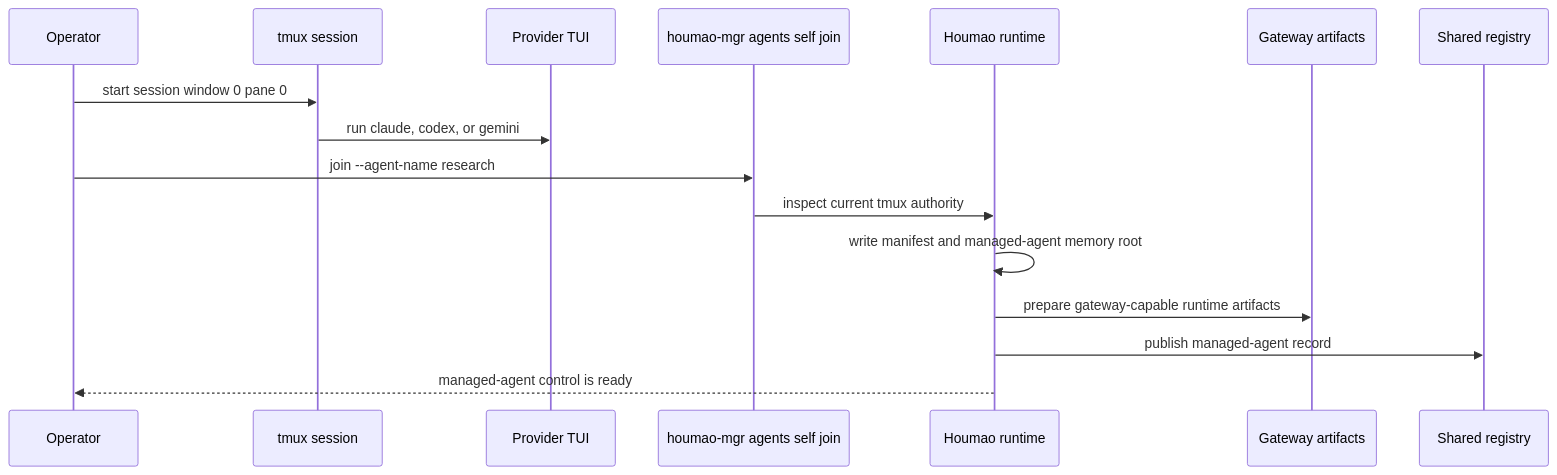
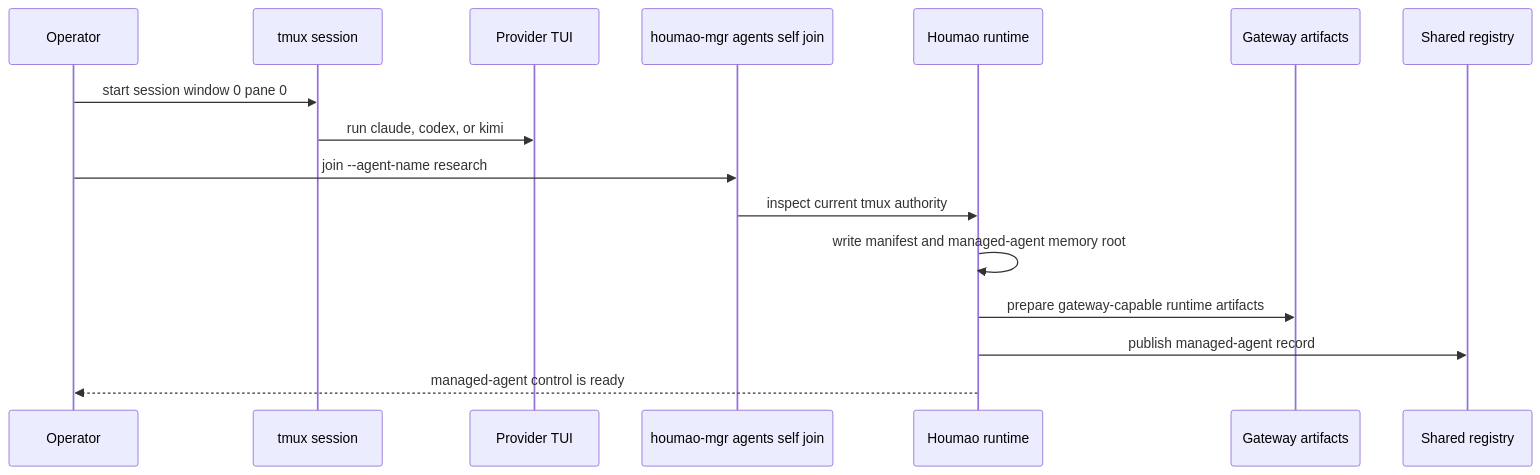
Before and after one commit to igamenovoer/houmao: the diagram in docs/getting-started/quickstart.md, drawn with Mermaid. The commit also changed other lines of this file and 93 other files, not shown here.

````diff
--- a/docs/getting-started/quickstart.md
+++ b/docs/getting-started/quickstart.md
@@ -196,18 +198,18 @@
 ```mermaid
 sequenceDiagram
     participant Op as Operator
     participant Tmux as tmux session
     participant Provider as Provider TUI
     participant CLI as houmao-mgr agents self join
     participant RT as Houmao runtime
     participant Gateway as Gateway artifacts
     participant Reg as Shared registry
     Op->>Tmux: start session window 0 pane 0
-    Tmux->>Provider: run claude, codex, or gemini
+    Tmux->>Provider: run claude, codex, or kimi
     Op->>CLI: join --agent-name research
     CLI->>RT: inspect current tmux authority
     RT->>RT: write manifest and managed-agent memory root
     RT->>Gateway: prepare gateway-capable runtime artifacts
     RT->>Reg: publish managed-agent record
     RT-->>Op: managed-agent control is ready
 ```
````
